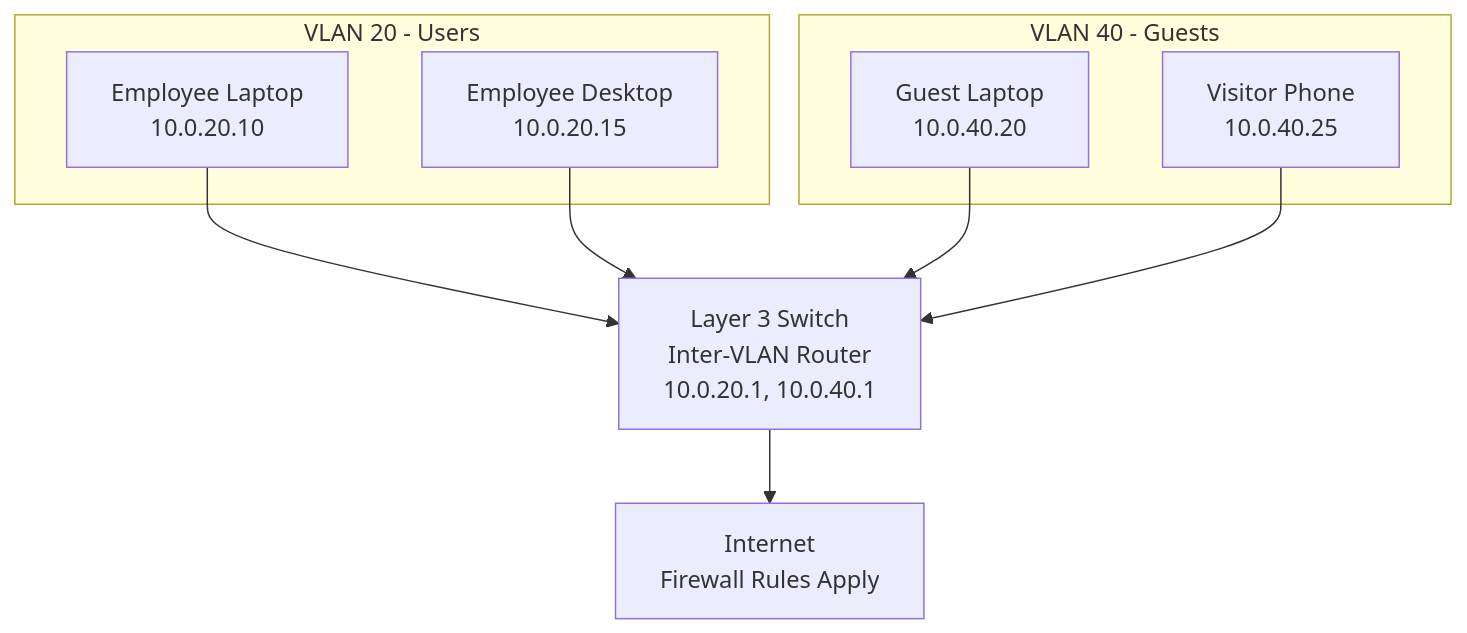
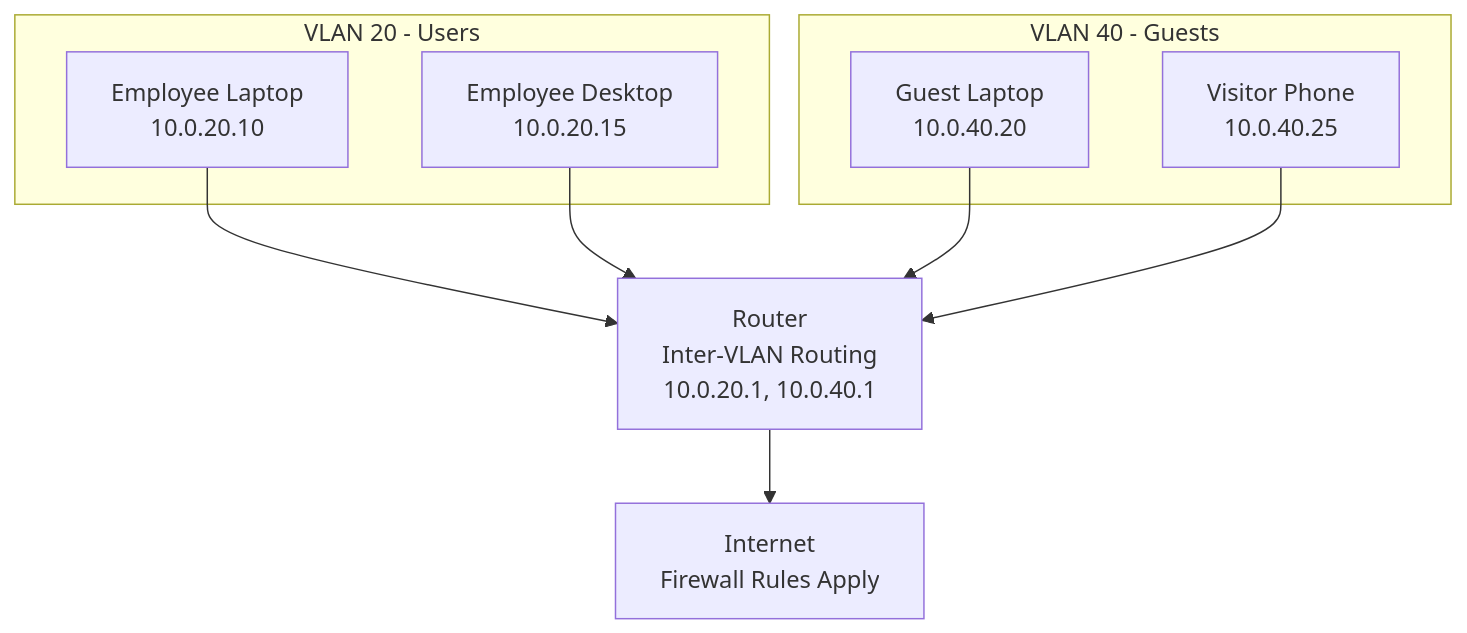
The second of 2 diagrams in 03_backbones_segmentation.md (tkr22777/teaching-kg-574), drawn with Mermaid before and after one commit. The commit also changed other lines of this file and 1 other file, not shown here.

````diff
--- a/03_backbones_segmentation.md
+++ b/03_backbones_segmentation.md
@@ -95,21 +96,21 @@
 ```mermaid
 graph TD
   subgraph "VLAN 20 - Users"
     U1[Employee Laptop<br/>10.0.20.10]
     U2[Employee Desktop<br/>10.0.20.15]
   end
   
   subgraph "VLAN 40 - Guests"
     G1[Guest Laptop<br/>10.0.40.20]
     G2[Visitor Phone<br/>10.0.40.25]
   end
   
-  Router[Layer 3 Switch<br/>Inter-VLAN Router<br/>10.0.20.1, 10.0.40.1]
+  Router[Router<br/>Inter-VLAN Routing<br/>10.0.20.1, 10.0.40.1]
   
   U1 --> Router
   U2 --> Router  
   G1 --> Router
   G2 --> Router
   
   Router --> Internet[Internet<br/>Firewall Rules Apply]
 ```
````
